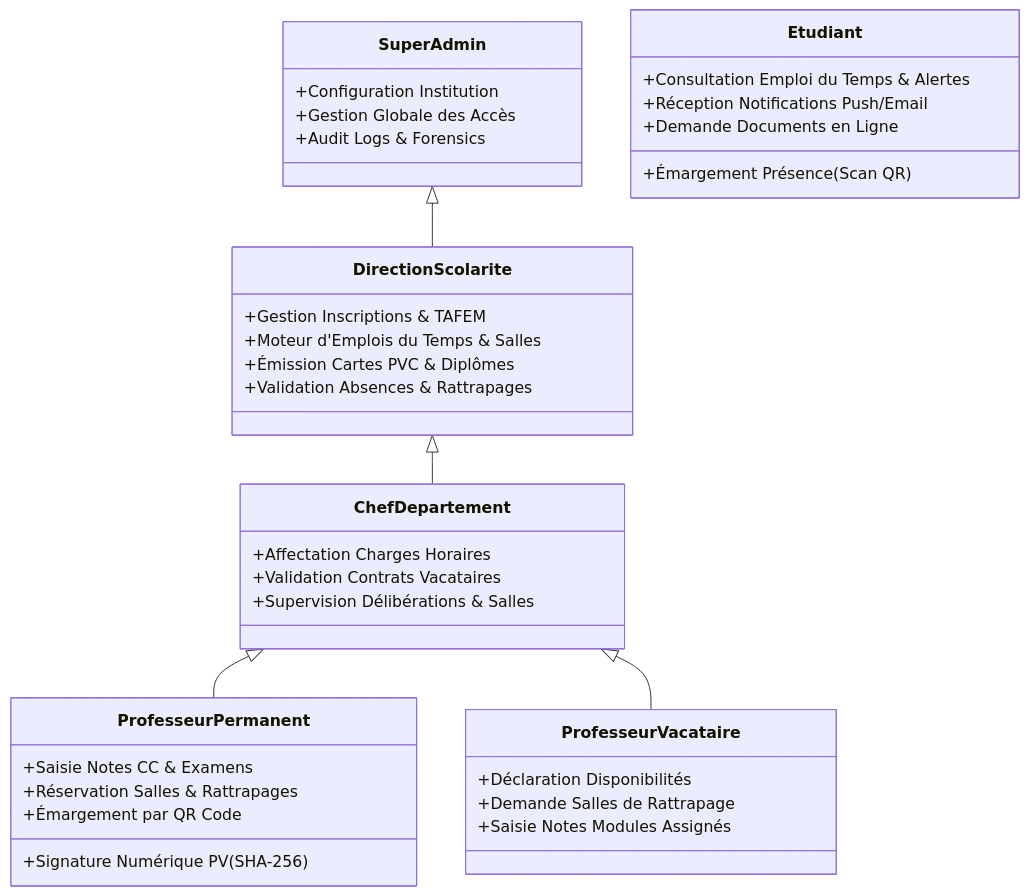
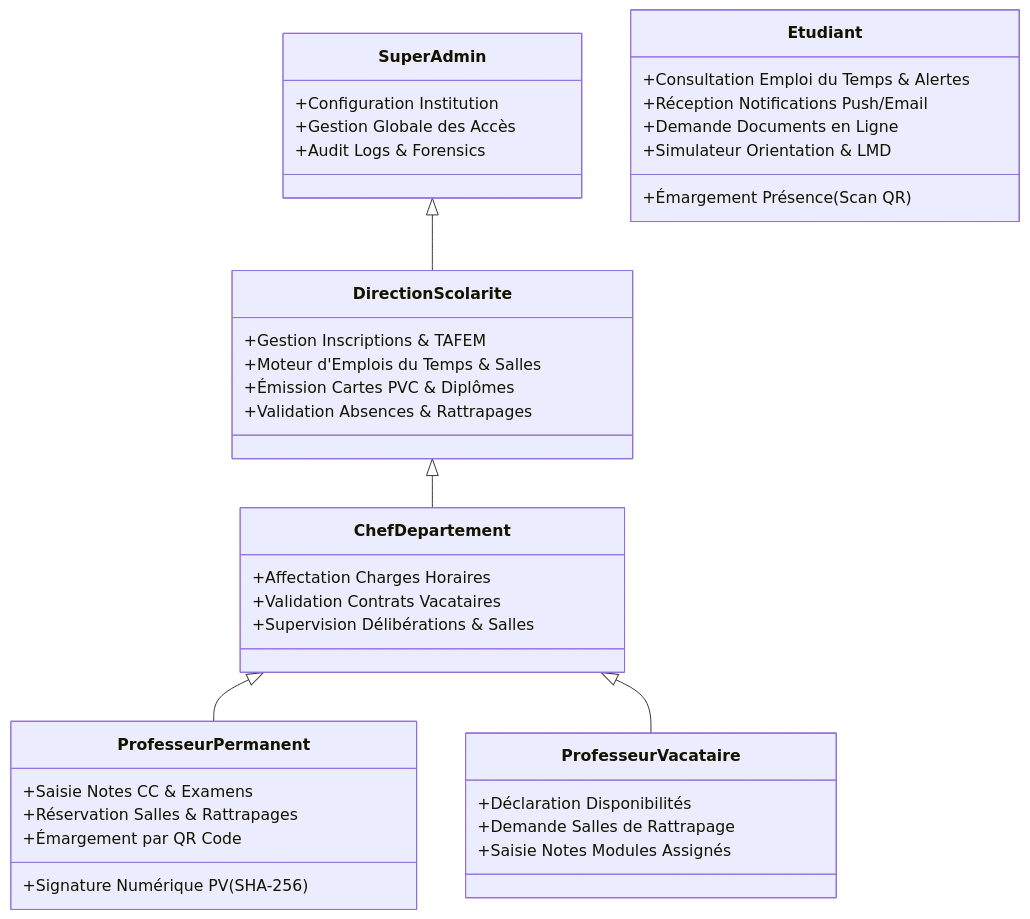
Before and after one commit to radouane99/ENCG-ERP: the tenth of 14 diagrams in README.md, drawn with Mermaid. The commit also changed other lines of this file and 24 other files, not shown here.

````diff
--- a/README.md
+++ b/README.md
@@ -618,41 +620,42 @@
 ```mermaid
 classDiagram
     class SuperAdmin {
         +Configuration Institution
         +Gestion Globale des Accès
         +Audit Logs & Forensics
     }
     class DirectionScolarite {
         +Gestion Inscriptions & TAFEM
         +Moteur d'Emplois du Temps & Salles
         +Émission Cartes PVC & Diplômes
         +Validation Absences & Rattrapages
     }
     class ChefDepartement {
         +Affectation Charges Horaires
         +Validation Contrats Vacataires
         +Supervision Délibérations & Salles
     }
     class ProfesseurPermanent {
         +Saisie Notes CC & Examens
         +Réservation Salles & Rattrapages
         +Signature Numérique PV (SHA-256)
         +Émargement par QR Code
     }
     class ProfesseurVacataire {
         +Déclaration Disponibilités
         +Demande Salles de Rattrapage
         +Saisie Notes Modules Assignés
     }
     class Etudiant {
         +Consultation Emploi du Temps & Alertes
         +Réception Notifications Push/Email
         +Émargement Présence (Scan QR)
         +Demande Documents en Ligne
+        +Simulateur Orientation & LMD
     }
 
     SuperAdmin <|-- DirectionScolarite
     DirectionScolarite <|-- ChefDepartement
     ChefDepartement <|-- ProfesseurPermanent
     ChefDepartement <|-- ProfesseurVacataire
 ```
````
